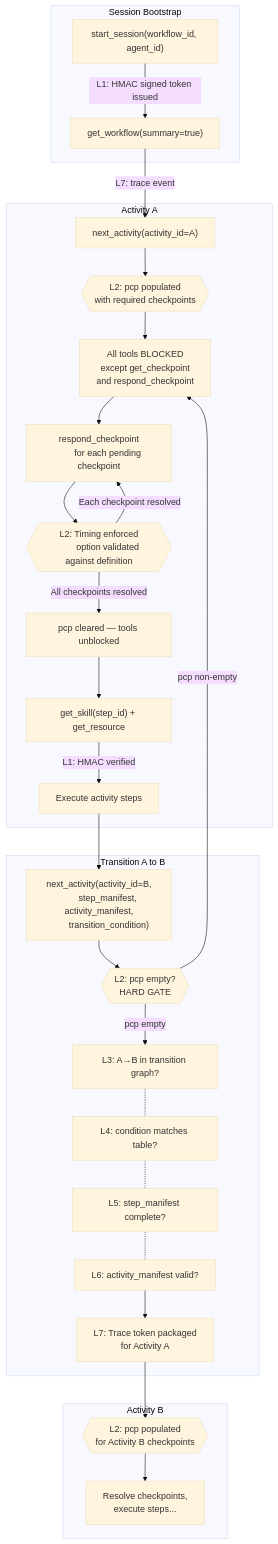
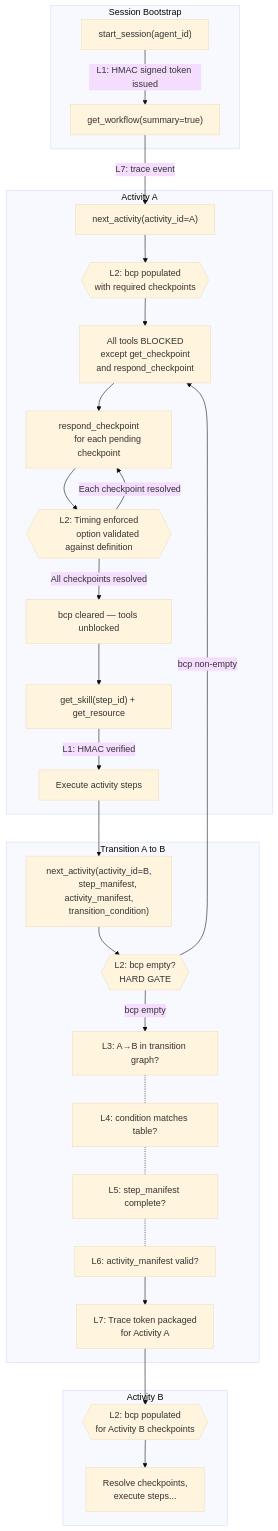
The diagram in docs/workflow-fidelity.md (m2ux/workflow-server), drawn with Mermaid (base theme) before and after one commit. The commit also changed other lines of this file and 1 other file, not shown here.

First line of the commit message:
Update docs to reflect removed session_id and pcp/pcpt fields

````diff
--- a/docs/workflow-fidelity.md
+++ b/docs/workflow-fidelity.md
@@ -45,66 +45,66 @@
 ```mermaid
 flowchart TD
     subgraph bootstrap [Session Bootstrap]
-        startSession["start_session(workflow_id, agent_id)"]
+        startSession["start_session(agent_id)"]
         getWorkflow["get_workflow(summary=true)"]
         startSession -->|"L1: HMAC signed token issued"| getWorkflow
     end
 
     subgraph actA [Activity A]
         nextA["next_activity(activity_id=A)"]
-        cpGateA{{"L2: pcp populated
+        cpGateA{{"L2: bcp populated
         with required checkpoints"}}
         toolsBlocked["All tools BLOCKED
         except get_checkpoint
         and respond_checkpoint"]
         respondCp["respond_checkpoint
         for each pending checkpoint"]
         cpTiming{{"L2: Timing enforced
         option validated against definition"}}
-        pcpClear["pcp cleared — tools unblocked"]
+        bcpClear["bcp cleared — tools unblocked"]
         getSkill["get_skill(step_id) + get_resource"]
         executeSteps["Execute activity steps"]
     end
 
     subgraph transition [Transition A to B]
         nextB["next_activity(activity_id=B,
         step_manifest, activity_manifest,
         transition_condition)"]
-        hardGate{{"L2: pcp empty?
+        hardGate{{"L2: bcp empty?
         HARD GATE"}}
         transCheck["L3: A→B in transition graph?"]
         condCheck["L4: condition matches table?"]
         stepCheck["L5: step_manifest complete?"]
         actCheck["L6: activity_manifest valid?"]
         tracePackage["L7: Trace token packaged
         for Activity A"]
     end
 
     subgraph actB [Activity B]
-        cpGateB{{"L2: pcp populated
+        cpGateB{{"L2: bcp populated
         for Activity B checkpoints"}}
         continueB["Resolve checkpoints,
         execute steps..."]
     end
 
     getWorkflow -->|"L7: trace event"| nextA
     nextA --> cpGateA
     cpGateA --> toolsBlocked
     toolsBlocked --> respondCp
     respondCp --> cpTiming
     cpTiming -->|"Each checkpoint resolved"| respondCp
-    cpTiming -->|"All checkpoints resolved"| pcpClear
-    pcpClear --> getSkill
+    cpTiming -->|"All checkpoints resolved"| bcpClear
+    bcpClear --> getSkill
     getSkill -->|"L1: HMAC verified"| executeSteps
 
     executeSteps --> nextB
     nextB --> hardGate
-    hardGate -->|"pcp non-empty"| toolsBlocked
-    hardGate -->|"pcp empty"| transCheck
+    hardGate -->|"bcp non-empty"| toolsBlocked
+    hardGate -->|"bcp empty"| transCheck
     transCheck -.- condCheck
     condCheck -.- stepCheck
     stepCheck -.- actCheck
     actCheck --> tracePackage
     tracePackage --> cpGateB
     cpGateB --> continueB
 ```
````
